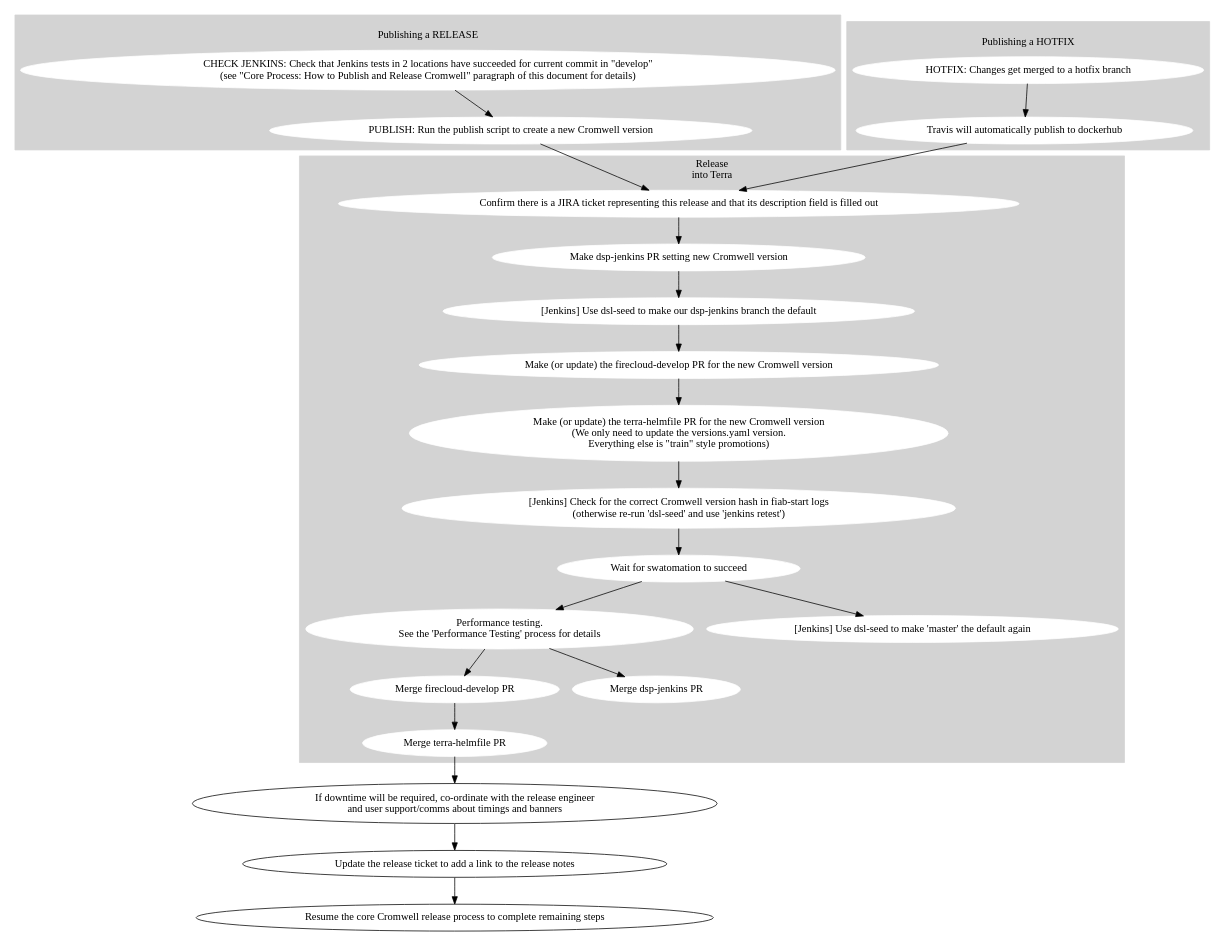
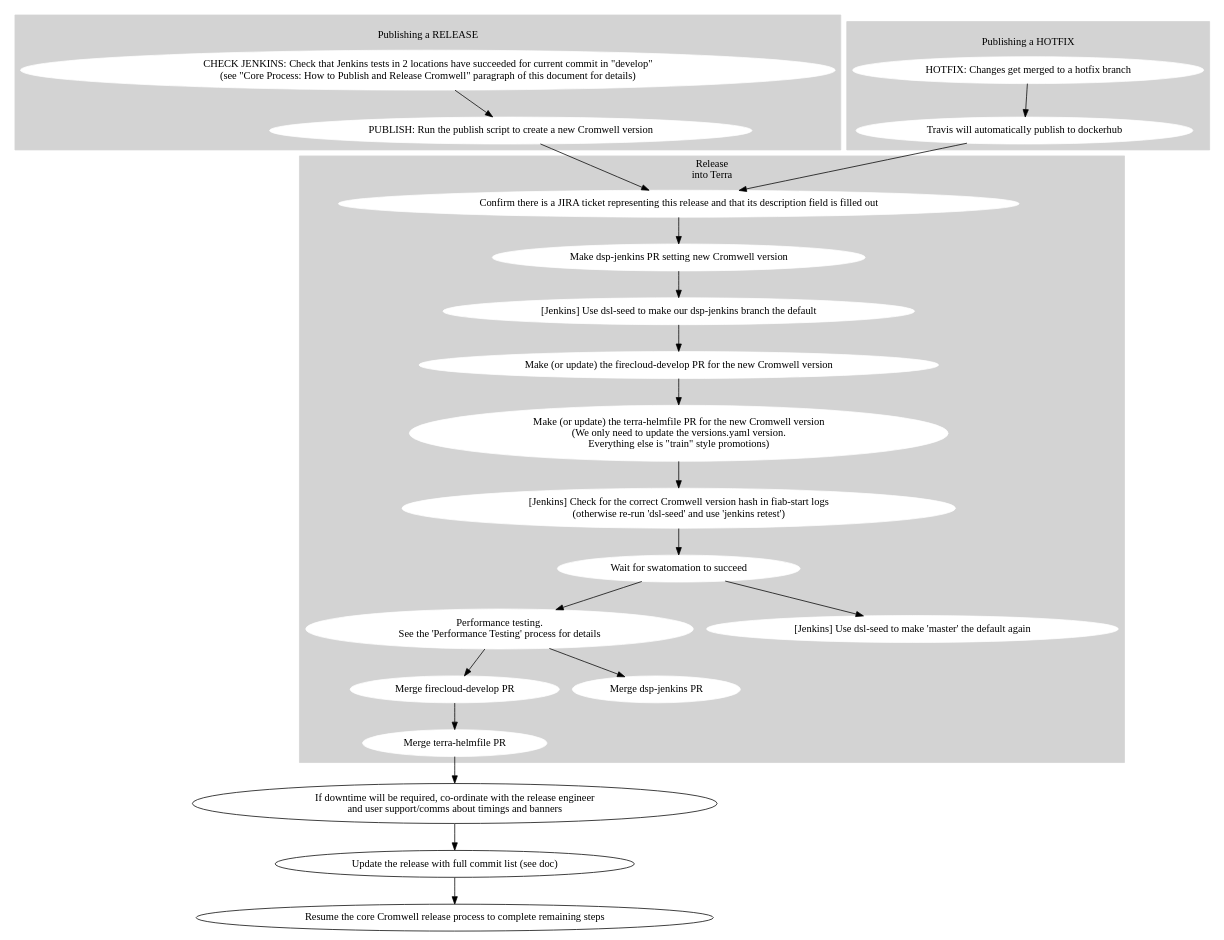
Before and after one commit to broadinstitute/cromwell: the diagram in processes/release_processes/firecloud-develop.dot, drawn with Graphviz. The commit also changed 1 other file, not shown here.

```diff
--- a/processes/release_processes/firecloud-develop.dot
+++ b/processes/release_processes/firecloud-develop.dot
@@ -1,83 +1,83 @@
 digraph {
 
   # Nodes
 
   subgraph cluster_0 {
     label="\lPublishing a RELEASE"
     style=filled
     node [style=filled,color=white];
     color="lightgrey"
 
     check_jenkins_tests [shape=oval label="CHECK JENKINS: Check that Jenkins tests in 2 locations have succeeded for current commit in \"develop\"\n(see \"Core Process: How to Publish and Release Cromwell\" paragraph of this document for details)"];
     release_cromwell [shape=oval label="PUBLISH: Run the publish script to create a new Cromwell version"];
   }
 
   subgraph cluster_1 {
     label="\lPublishing a HOTFIX"
     style=filled
     node [style=filled,color=white];
     color="lightgrey"
 
     hotfix_changes [shape=oval label="HOTFIX: Changes get merged to a hotfix branch"];
     publish_hotfix [shape=oval label="Travis will automatically publish to dockerhub"];
   }
 
   subgraph cluster_2 {
     label="Release\ninto Terra"
     style=filled
     node [style=filled,color=white];
     color="lightgrey"
     confirm_ticket [shape="oval" label="Confirm there is a JIRA ticket representing this release and that its description field is filled out"]
     fcdev_pr [shape=oval label="Make (or update) the firecloud-develop PR for the new Cromwell version"];
     # For an example PR see https://github.com/broadinstitute/terra-helmfile/pull/550#pullrequestreview-527531319
     helmfile_pr [shape=oval label="Make (or update) the terra-helmfile PR for the new Cromwell version\n(We only need to update the versions.yaml version.\nEverything else is \"train\" style promotions)"];
     confirm_cromwell_v [shape=oval label="[Jenkins] Check for the correct Cromwell version hash in fiab-start logs\n(otherwise re-run 'dsl-seed' and use 'jenkins retest')"];
     confirm_cromwell_v [shape=oval label="[Jenkins] Check for the correct Cromwell version hash in fiab-start logs\n(otherwise re-run 'dsl-seed' and use 'jenkins retest')"];
     fcdev_success [shape=oval label="Wait for swatomation to succeed"];
 
     fcdev_merge [shape=oval label="Merge firecloud-develop PR"];
     helmfile_merge [shape=oval label="Merge terra-helmfile PR"];
 
     dspjenkins_PR [shape=oval label="Make dsp-jenkins PR setting new Cromwell version"];
     dspjenkins_merge [shape=oval label="Merge dsp-jenkins PR"];
 
     qa_perf [shape=oval label="Performance testing.\nSee the 'Performance Testing' process for details"];
 
     jenkins_set [shape=oval label="[Jenkins] Use dsl-seed to make our dsp-jenkins branch the default"];
     jenkins_reset [shape=oval label="[Jenkins] Use dsl-seed to make 'master' the default again"];
   }
 
   coordinate_release_timing [shape=oval label="If downtime will be required, co-ordinate with the release engineer\nand user support/comms about timings and banners"];
 
-  update_release_ticket [shape=oval label="Update the release ticket to add a link to the release notes"];
+  update_release_ticket [shape=oval label="Update the release with full commit list (see doc)"];
 
   resume_core_release_process [shape=oval label="Resume the core Cromwell release process to complete remaining steps"];
 
   # Edges
   check_jenkins_tests -> release_cromwell
 
   hotfix_changes -> publish_hotfix
   publish_hotfix -> confirm_ticket
 
   release_cromwell -> confirm_ticket
 
   fcdev_pr -> helmfile_pr
   helmfile_pr -> confirm_cromwell_v
 
   confirm_ticket -> dspjenkins_PR
   dspjenkins_PR -> jenkins_set
 
   jenkins_set -> fcdev_pr
   confirm_cromwell_v -> fcdev_success
 
   fcdev_success -> jenkins_reset
   fcdev_success -> qa_perf
 
   qa_perf -> dspjenkins_merge
   qa_perf -> fcdev_merge
 
   fcdev_merge -> helmfile_merge
   helmfile_merge -> coordinate_release_timing
   coordinate_release_timing -> update_release_ticket
   update_release_ticket -> resume_core_release_process
 }
```
